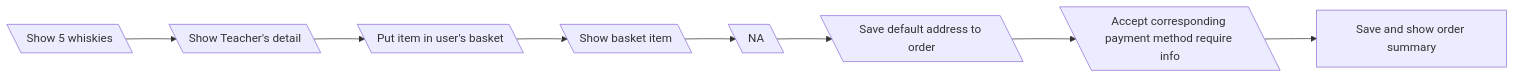
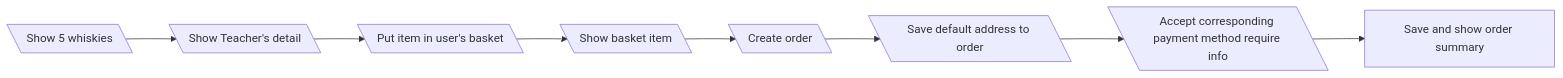
Before and after one commit to aniwat0554/assignment-java-boot-camp: the second of 3 diagrams in READMe.md, drawn with Mermaid. The commit also changed other lines of this file, not shown here.

````diff
--- a/READMe.md
+++ b/READMe.md
@@ -14,8 +14,8 @@
 ```mermaid
     graph LR
     Catalog[\"Show 5 whiskies"\] --> Detail[\"Show Teacher's detail"\]
     Detail --> BasketPut[\"Put item in user's basket"\]
-    BasketPut --> Basket[\Show basket item\] --> Payment[\"NA"\]--> Shipping[\"Save default address to order"\]
+    BasketPut --> Basket[\Show basket item\] --> Payment[\"Create order"\]--> Shipping[\"Save default address to order"\]
     Shipping --> PaymentMethodSelect[\"Accept corresponding payment method require info"\]
     PaymentMethodSelect --> Confirm["Save and show order summary"]
 ```
````
